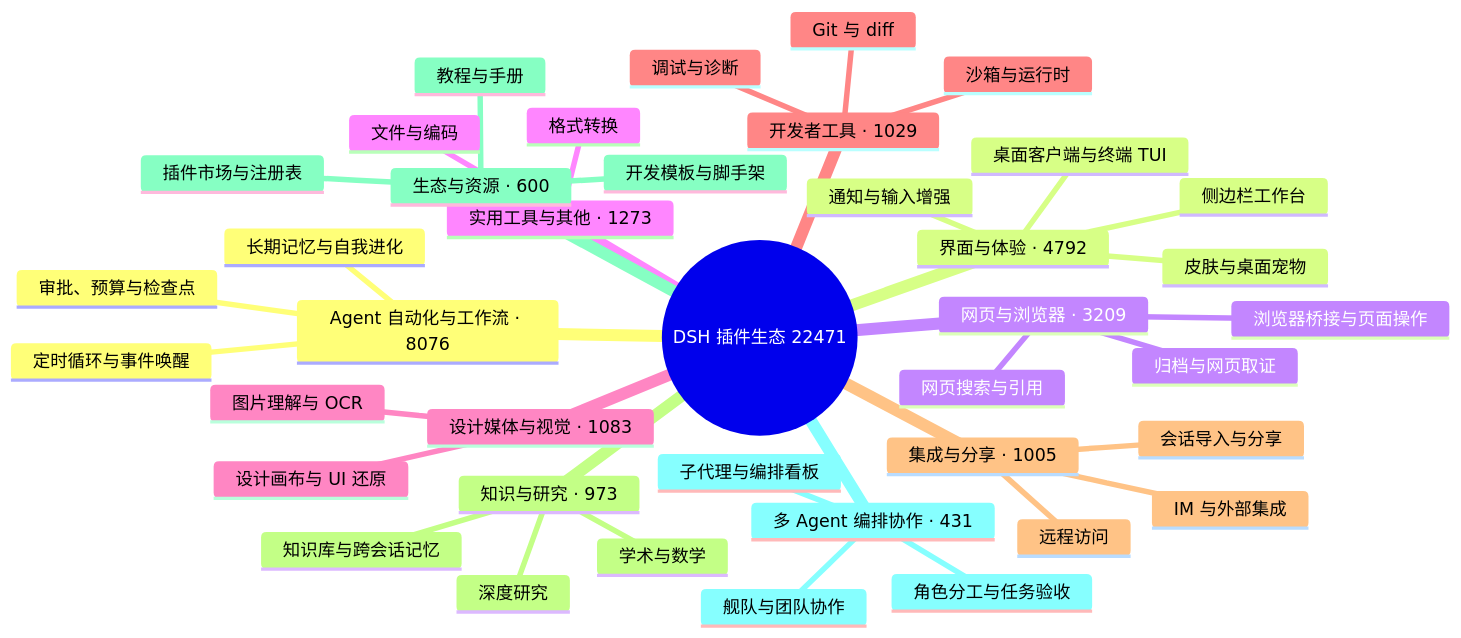
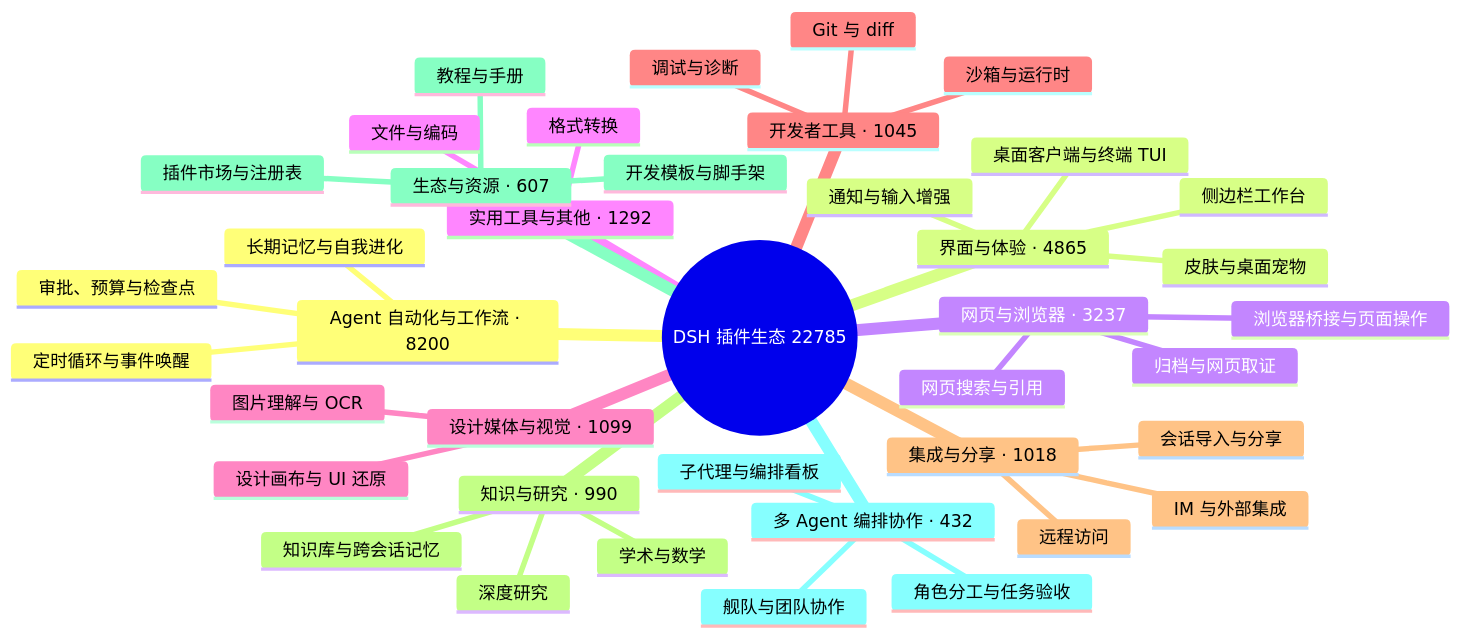
One commit to bruc3van/awesome-dsh-plugin changed the diagram in README.md. Above: the diagram before and after it, drawn with Mermaid. The commit also changed other lines of this file and 25 other files, not shown here.

````diff
--- a/README.md
+++ b/README.md
@@ -40,43 +40,43 @@
 ```mermaid
 mindmap
-  root((DSH 插件生态 22471))
-    Agent 自动化与工作流 · 8076
+  root((DSH 插件生态 22785))
+    Agent 自动化与工作流 · 8200
       定时循环与事件唤醒
       长期记忆与自我进化
       审批、预算与检查点
-    界面与体验 · 4792
+    界面与体验 · 4865
       桌面客户端与终端 TUI
       侧边栏工作台
       皮肤与桌面宠物
       通知与输入增强
-    网页与浏览器 · 3209
+    网页与浏览器 · 3237
       浏览器桥接与页面操作
       网页搜索与引用
       归档与网页取证
-    实用工具与其他 · 1273
+    实用工具与其他 · 1292
       文件与编码
       格式转换
-    设计媒体与视觉 · 1083
+    设计媒体与视觉 · 1099
       图片理解与 OCR
       设计画布与 UI 还原
-    开发者工具 · 1029
+    开发者工具 · 1045
       Git 与 diff
       沙箱与运行时
       调试与诊断
-    集成与分享 · 1005
+    集成与分享 · 1018
       会话导入与分享
       远程访问
       IM 与外部集成
-    知识与研究 · 973
+    知识与研究 · 990
       知识库与跨会话记忆
       深度研究
       学术与数学
-    生态与资源 · 600
+    生态与资源 · 607
       插件市场与注册表
       开发模板与脚手架
       教程与手册
-    多 Agent 编排协作 · 431
+    多 Agent 编排协作 · 432
       子代理与编排看板
       舰队与团队协作
       角色分工与任务验收
 ```
````
